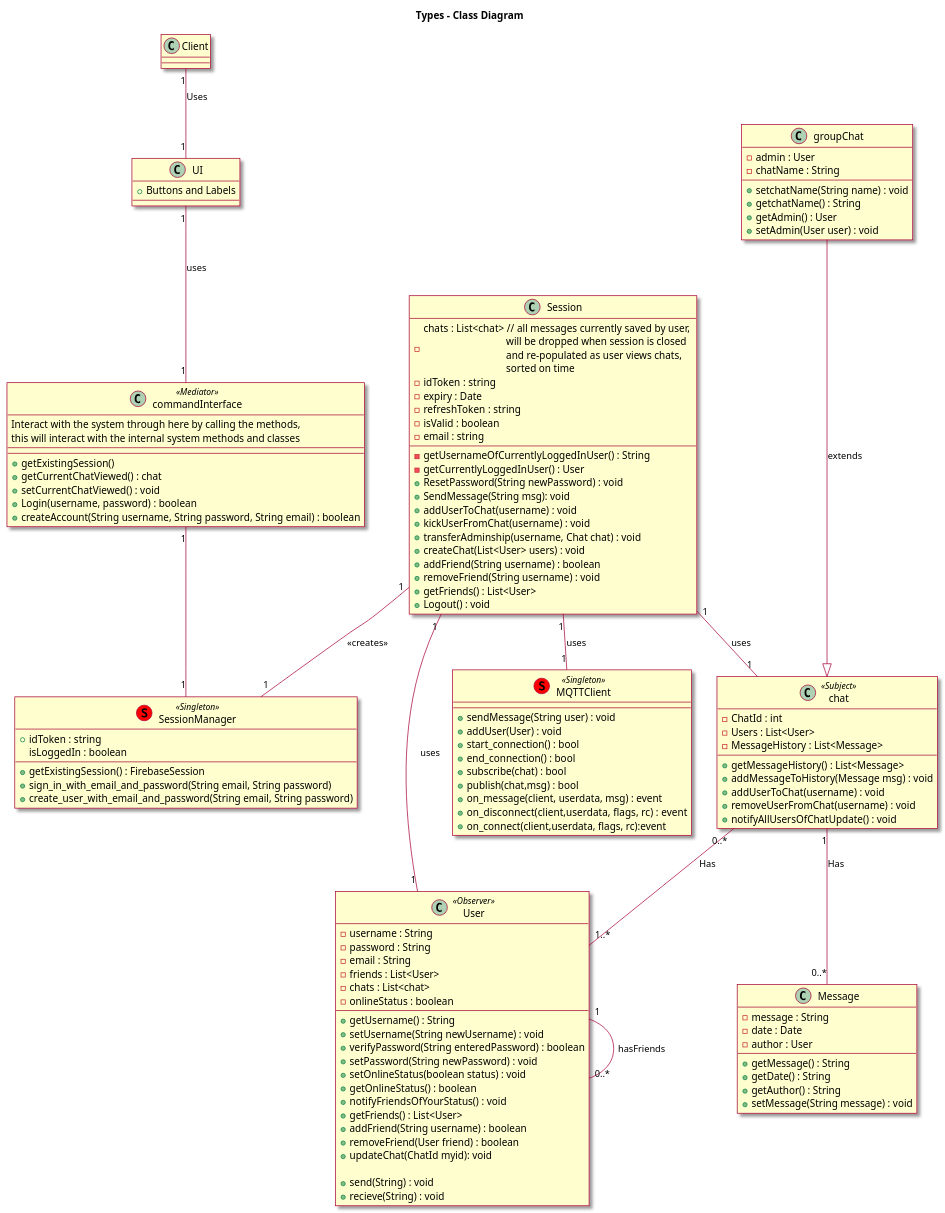
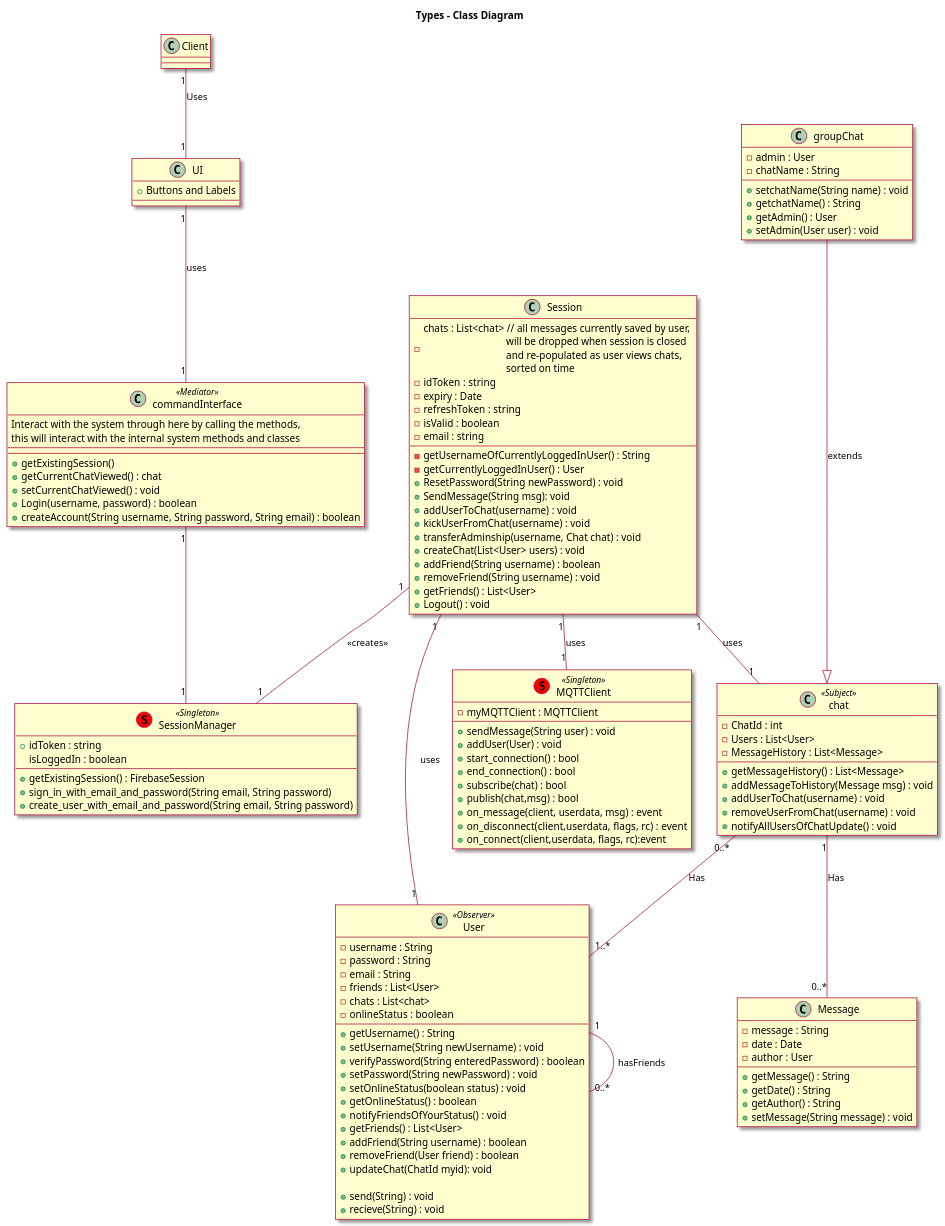
One commit to UBCO-COSC-310-Winter-2022-T2/the-project-marbl changed the diagram in diagrams/class_diagram.wsd. Above: the diagram before and after it, drawn with PlantUML.

```diff
--- a/diagrams/class_diagram.wsd
+++ b/diagrams/class_diagram.wsd
@@ -1,140 +1,141 @@
 @startuml
 
 skin rose
 
 title Types - Class Diagram
 
 
 skinparam componentStyle uml2
 class Client{}
 Client "1"--"1" UI: Uses
 
 class Message{
     - message : String
     - date : Date
     - author : User
     +getMessage() : String
     +getDate() : String
     +getAuthor() : String
     +setMessage(String message) : void
 }
 
 class User <<Observer>> {
     -username : String
     -password : String
     -email : String
     -friends : List<User>
     -chats : List<chat>
     -onlineStatus : boolean
 
     +getUsername() : String
     +setUsername(String newUsername) : void
     +verifyPassword(String enteredPassword) : boolean
     +setPassword(String newPassword) : void
     +setOnlineStatus(boolean status) : void
     +getOnlineStatus() : boolean
     +notifyFriendsOfYourStatus() : void
     +getFriends() : List<User>
     +addFriend(String username) : boolean
     +removeFriend(User friend) : boolean
     +updateChat(ChatId myid): void
 
     +send(String) : void
     +recieve(String) : void
 }
 
 User "1"--"0..*" User : hasFriends
 
 Class MQTTClient <<(S,red) Singleton>> {
+    -myMQTTClient : MQTTClient
     +sendMessage(String user) : void
     +addUser(User) : void
     +start_connection() : bool
     +end_connection() : bool
     +subscribe(chat) : bool
     +publish(chat,msg) : bool
     +on_message(client, userdata, msg) : event
     +on_disconnect(client,userdata, flags, rc)  : event
     +on_connect(client,userdata, flags, rc):event
 }
 
 
 Class groupChat {
     -admin : User
     -chatName : String
     +setchatName(String name) : void
     +getchatName() : String
     +getAdmin() : User
     +setAdmin(User user) : void
 }
 
 Class chat <<Subject>> {
     -ChatId : int
     -Users : List<User>
     -MessageHistory : List<Message>
     +getMessageHistory() : List<Message>
     +addMessageToHistory(Message msg) : void
     +addUserToChat(username) : void
     +removeUserFromChat(username) : void
     +notifyAllUsersOfChatUpdate() : void
 }
 
 chat "0..*" -- "1..*" User : Has
 
 chat "1" -- "0..*" Message : Has
 
 groupChat---|> chat : extends
 
 class commandInterface <<Mediator>> {
     Interact with the system through here by calling the methods,
     this will interact with the internal system methods and classes
     --
     --
     +getExistingSession()
     +getCurrentChatViewed() : chat
     +setCurrentChatViewed() : void
     +Login(username, password) : boolean
     +createAccount(String username, String password, String email) : boolean
 }
 
 Session "1" -- "1" User : uses
 Session "1" -- "1" chat: uses
 
 class UI {
     +Buttons and Labels
 }
 
 class Session{
     -chats : List<chat> // all messages currently saved by user, \n\t\t\t\twill be dropped when session is closed\n\t\t\t\tand re-populated as user views chats, \n\t\t\t\tsorted on time
     -idToken : string
     -expiry : Date
     -refreshToken : string
     -isValid : boolean
     -email : string
     -getUsernameOfCurrentlyLoggedInUser() : String
     -getCurrentlyLoggedInUser() : User
     +ResetPassword(String newPassword) : void
     +SendMessage(String msg): void
     +addUserToChat(username) : void
     +kickUserFromChat(username) : void
     +transferAdminship(username, Chat chat) : void
     +createChat(List<User> users) : void
     +addFriend(String username) : boolean
     +removeFriend(String username) : void
     +getFriends() : List<User>
     +Logout() : void
 }
 
 class SessionManager <<(S,red) Singleton>>{
     +idToken : string
     isLoggedIn : boolean
     +getExistingSession() : FirebaseSession
     +sign_in_with_email_and_password(String email, String password)
     +create_user_with_email_and_password(String email, String password)
 }
 
 Session "1" -- "1" MQTTClient : uses
 Session "1" -- "1" SessionManager : <<creates>>
 UI "1" -- "1" commandInterface : uses
 commandInterface "1" -- "1" SessionManager
 
 @enduml
```
